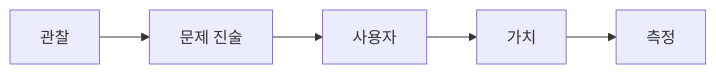
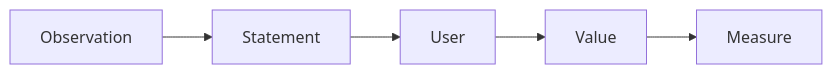
The diagram in content/capstone-project-101/ko/03-defining-the-problem.md (yeongseon-books/book-content), drawn with Mermaid before and after one commit. The commit also changed other lines of this file and 9 other files, not shown here.

````diff
--- a/content/capstone-project-101/ko/03-defining-the-problem.md
+++ b/content/capstone-project-101/ko/03-defining-the-problem.md
@@ -53,7 +53,7 @@
 ```mermaid
 flowchart LR
-    O[관찰] --> S[문제 진술]
-    S --> U[사용자]
-    U --> V[가치]
-    V --> M[측정]
+    O[Observation] --> S[Statement]
+    S --> U[User]
+    U --> V[Value]
+    V --> M[Measure]
 ```
````
